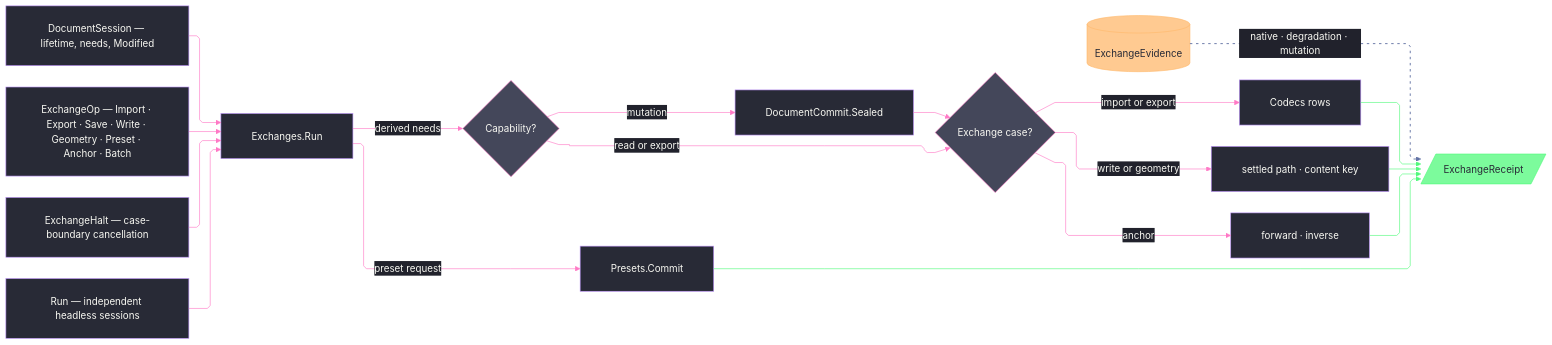
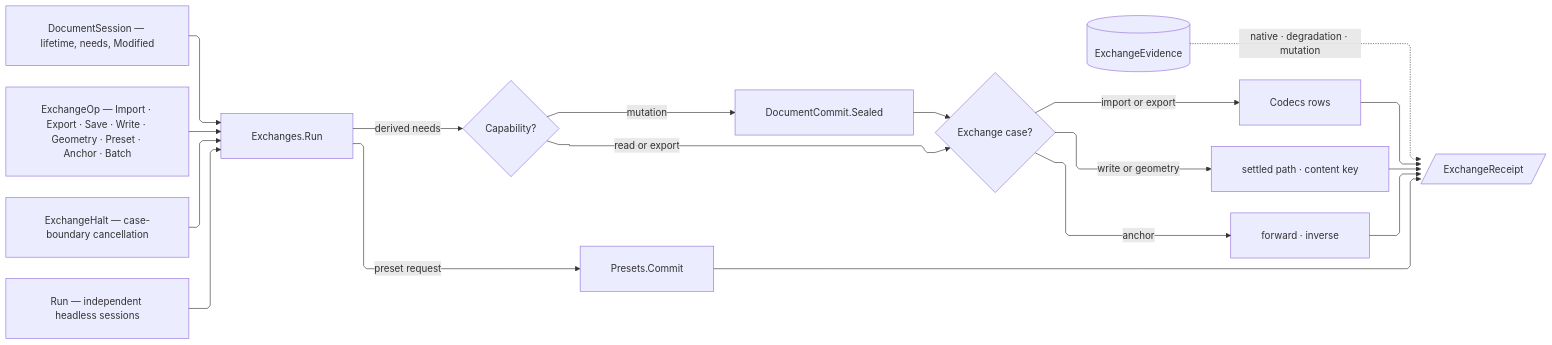
The diagram in libs/csharp/Rasm.Rhino/.planning/Exchange/operations.md (bsamiee/Rasm), drawn with Mermaid before and after one commit. The commit also changed 324 other files, not shown here.

````diff
--- a/libs/csharp/Rasm.Rhino/.planning/Exchange/operations.md
+++ b/libs/csharp/Rasm.Rhino/.planning/Exchange/operations.md
@@ -1068,55 +1068,29 @@
 ```mermaid
 ---
 config:
-  theme: base
-  look: classic
   layout: elk
   flowchart:
     curve: linear
     padding: 25
-  themeVariables:
-    darkMode: true
-    fontFamily: "SF Mono, Menlo, Cascadia Mono, Segoe UI Mono, Consolas, monospace"
-    useGradient: false
-    dropShadow: "none"
-    background: "#282A36"
-    primaryColor: "#44475A"
-    primaryTextColor: "#F8F8F2"
-    primaryBorderColor: "#BD93F9"
-    lineColor: "#FF79C6"
-    textColor: "#F8F8F2"
-    edgeLabelBackground: "#21222C"
-    labelBackgroundColor: "#21222C"
-  themeCSS: ".nodeLabel{font-size:13px;font-weight:500}.edgeLabel{font-size:12px;font-weight:500}.cluster-label .nodeLabel{font-size:13.5px;font-weight:700;letter-spacing:.08em}.edge-thickness-normal{stroke-width:2px}.edge-thickness-thick{stroke-width:3px}.edge-pattern-dashed,.edge-pattern-dotted{stroke-width:1.5px;stroke-dasharray:4 6}.node rect,.node circle,.node polygon,.node path,.node .outer-path{stroke-width:1.5px;filter:none!important}.cluster rect{stroke-width:1px!important;stroke-dasharray:5 4!important;filter:none!important}.marker path{transform:scale(.8);transform-origin:5px 5px}.marker circle{transform:scale(.48);transform-origin:5px 5px}.edgeLabel rect{transform-box:fill-box;transform-origin:center;transform:scale(1.1,1.2)}"
 ---
 flowchart LR
     accTitle: Rhino exchange transaction rail
     accDescr: One session-proved exchange request dispatches through host operation families into one detached receipt, while cancellation gates entry and typed evidence records native, degradation, and mutation outcomes.
     Session["DocumentSession — lifetime, needs, Modified"] --> Entry["Exchanges.Run"]
     Request["ExchangeOp — Import · Export · Save · Write · Geometry · Preset · Anchor · Batch"] --> Entry
     Halt["ExchangeHalt — case-boundary cancellation"] --> Entry
     Entry -->|"derived needs"| Demand{"Capability?"}
     Demand -->|"read or export"| Dispatch{"Exchange case?"}
     Demand -->|"mutation"| Undo["DocumentCommit.Sealed"]
     Undo --> Dispatch
     Dispatch -->|"import or export"| Matrix["Codecs rows"]
     Dispatch -->|"write or geometry"| Output["settled path · content key"]
     Entry -->|"preset request"| Tables["Presets.Commit"]
     Dispatch -->|"anchor"| Geo["forward · inverse"]
     Matrix --> Receipt[/ExchangeReceipt/]
     Output --> Receipt
     Tables --> Receipt
     Geo --> Receipt
     Evidence[(ExchangeEvidence)] -.->|"native · degradation · mutation"| Receipt
     Convert["Run — independent headless sessions"] --> Entry
-    linkStyle 11,12,13,14 stroke:#50FA7B,color:#F8F8F2
-    linkStyle 15 stroke:#6272A4,color:#F8F8F2,stroke-width:1.5px,stroke-dasharray:4 6
-    classDef primary fill:#44475A,stroke:#FF79C6,color:#F8F8F2
-    classDef success fill:#50FA7BBF,stroke:#50FA7B,color:#282A36
-    classDef data fill:#FFB86CBF,stroke:#FFB86C,color:#282A36
-    classDef boundary fill:#282A36,stroke:#BD93F9,color:#F8F8F2
-    class Demand,Dispatch primary
-    class Receipt success
-    class Evidence data
-    class Session,Request,Halt,Entry,Undo,Matrix,Output,Tables,Geo,Convert boundary
 ```
````
